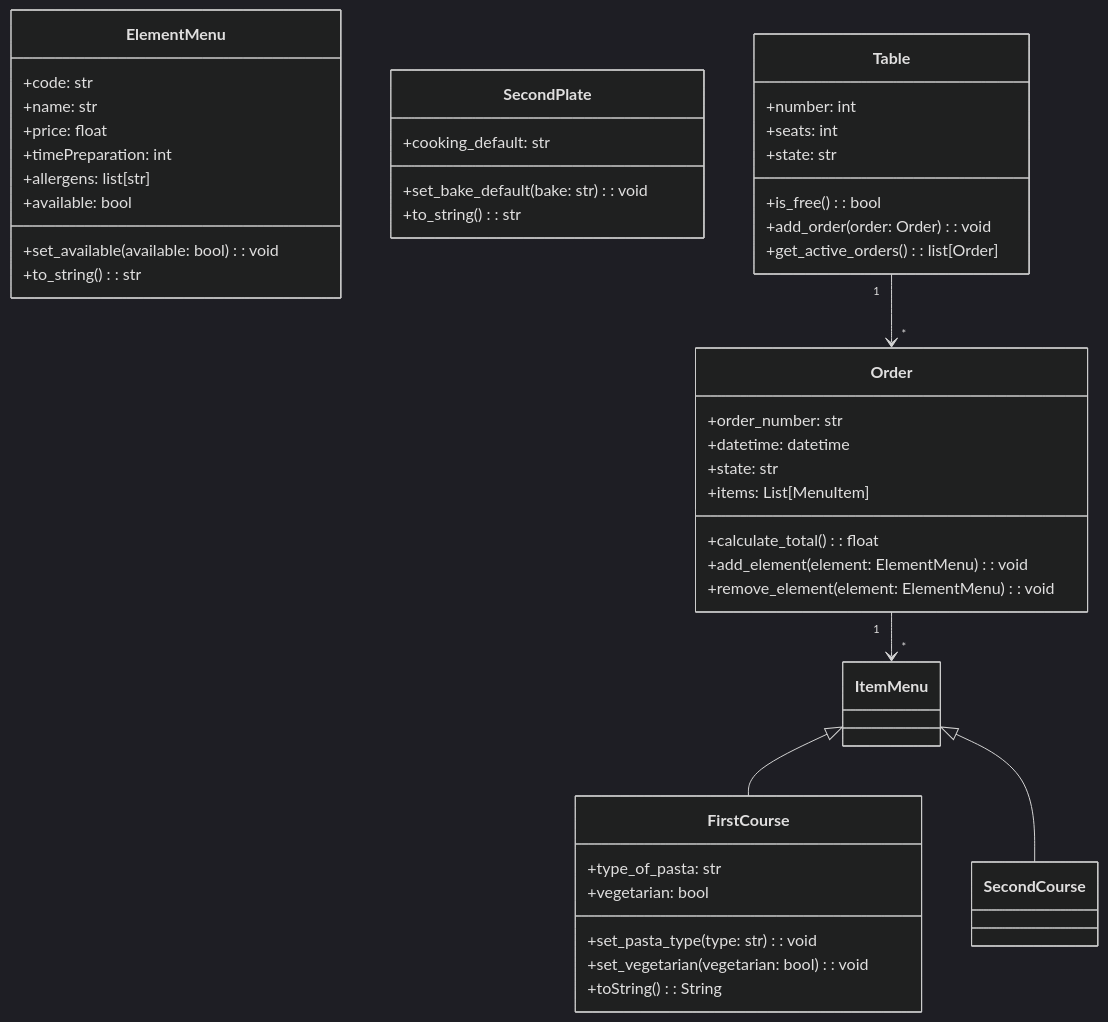
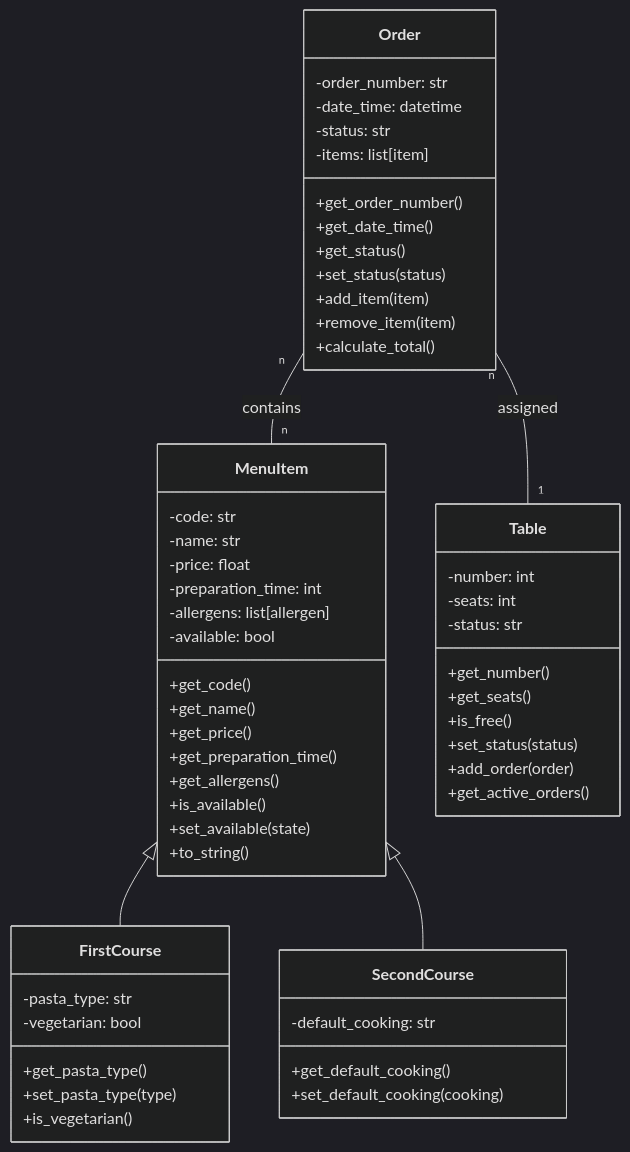
One commit to LucaPontellini/Homepage changed the diagram in Computer_science/New_Python_exercises/Exercises_with_MarmaidJS/Pontellini_033.md. Above: the diagram before and after it, drawn with Mermaid (dark theme).

````diff
--- a/Computer_science/New_Python_exercises/Exercises_with_MarmaidJS/Pontellini_033.md
+++ b/Computer_science/New_Python_exercises/Exercises_with_MarmaidJS/Pontellini_033.md
@@ -85,51 +85,64 @@
 ```mermaid
 classDiagram
-    class ElementMenu {
-        +code: str
-        +name: str
-        +price: float
-        +timePreparation: int
-        +allergens: list[str]
-        +available: bool
-        +set_available(available: bool): void
-        +to_string(): str
-    }
-    
-    class FirstCourse {
-        +type_of_pasta: str
-        +vegetarian: bool
-        +set_pasta_type(type: str): void
-        +set_vegetarian(vegetarian: bool): void
-        +toString() : String
+    class MenuItem{
+        -code: str
+        -name: str
+        -price: float
+        -preparation_time: int
+        -allergens: list[allergen]
+        -available: bool
+        +get_code()
+        +get_name()
+        +get_price()
+        +get_preparation_time()
+        +get_allergens()
+        +is_available()
+        +set_available(state)
+        +to_string()
     }
 
-    class SecondPlate {
-        +cooking_default: str
-        +set_bake_default(bake: str): void
-        +to_string(): str
-    }
-    
-    class Order {
-        +order_number: str
-        +datetime: datetime
-        +state: str
-        +items: List[MenuItem]
-        +calculate_total(): float
-        +add_element(element: ElementMenu): void
-        +remove_element(element: ElementMenu): void
-    }
-    
-    class Table {
-        +number: int
-        +seats: int
-        +state: str
-        +is_free(): bool
-        +add_order(order: Order): void
-        +get_active_orders(): list[Order]
+    class FirstCourse{
+        -pasta_type: str
+        -vegetarian: bool
+        +get_pasta_type()
+        +set_pasta_type(type)
+        +is_vegetarian()
     }
 
-ItemMenu <|-- FirstCourse 
-ItemMenu <|-- SecondCourse
-Order "1" --> "*" ItemMenu
-Table "1" --> "*" Order
+    class SecondCourse{
+        -default_cooking: str
+        +get_default_cooking()
+        +set_default_cooking(cooking)
+    }
+
+    class Order{
+        -order_number: str
+        -date_time: datetime
+        -status: str
+        -items: list[item]
+        +get_order_number()
+        +get_date_time()
+        +get_status()
+        +set_status(status)
+        +add_item(item)
+        +remove_item(item)
+        +calculate_total()
+    }
+
+    class Table{
+        -number: int
+        -seats: int
+        -status: str
+        +get_number()
+        +get_seats()
+        +is_free()
+        +set_status(status)
+        +add_order(order)
+        +get_active_orders()
+    }
+
+MenuItem  <|-- FirstCourse
+MenuItem  <|-- SecondCourse
+Order "n" -- "n" MenuItem : contains
+Order "n" -- "1" Table : assigned
 ```
````
